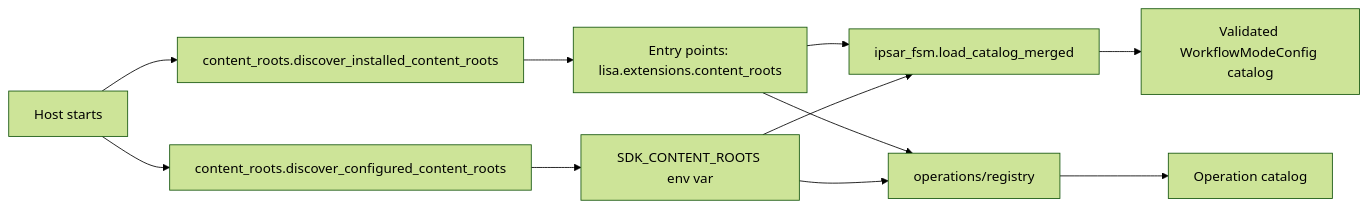
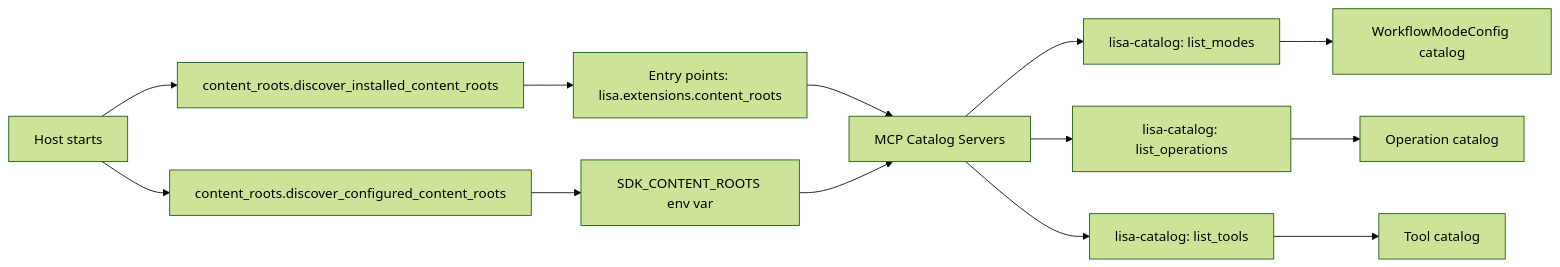
The fourth of 4 diagrams in docs/KERNEL_ARCHITECTURE.md (Lisa-Harness/lisa), drawn with Mermaid (forest theme) before and after one commit. The commit also changed other lines of this file and 4 other files, not shown here.

````diff
--- a/docs/KERNEL_ARCHITECTURE.md
+++ b/docs/KERNEL_ARCHITECTURE.md
@@ -256,13 +365,15 @@
 ```mermaid
 flowchart LR
     A[Host starts] --> B[content_roots.discover_installed_content_roots]
     B --> C[Entry points: lisa.extensions.content_roots]
     A --> D[content_roots.discover_configured_content_roots]
     D --> E[SDK_CONTENT_ROOTS env var]
-    C --> F[ipsar_fsm.load_catalog_merged]
+    C --> F[MCP Catalog Servers]
     E --> F
-    F --> G[Validated WorkflowModeConfig catalog]
-    C --> H[operations/registry]
-    E --> H
-    H --> I[Operation catalog]
+    F --> G[lisa-catalog: list_modes]
+    F --> H[lisa-catalog: list_operations]
+    F --> I[lisa-catalog: list_tools]
+    G --> J[WorkflowModeConfig catalog]
+    H --> K[Operation catalog]
+    I --> L[Tool catalog]
 ```
````
